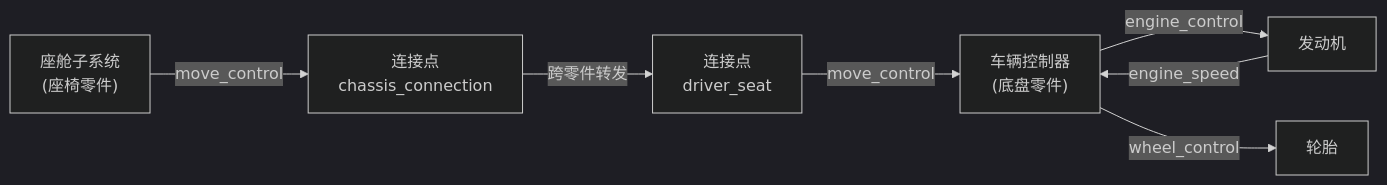
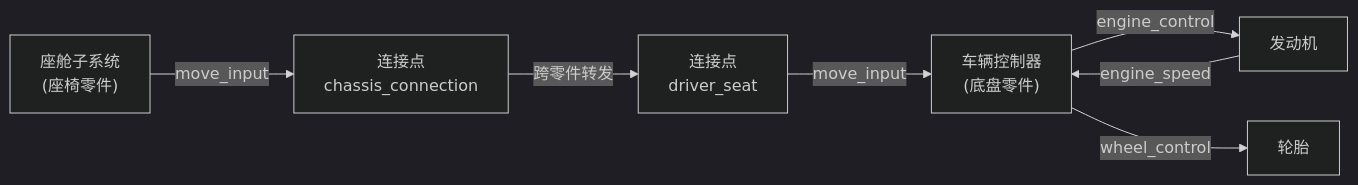
Before and after one commit to Sweetzonzi/Machine-Max: the first of 3 diagrams in docs/wiki/3-子系统详解/3.6-信号系统.md, drawn with Mermaid (dark theme). The commit also changed other lines of this file and 155 other files, not shown here.

````diff
--- a/docs/wiki/3-子系统详解/3.6-信号系统.md
+++ b/docs/wiki/3-子系统详解/3.6-信号系统.md
@@ -67,16 +67,16 @@
 ```mermaid
 flowchart LR
     seat["座舱子系统<br/>(座椅零件)"]
     connector_a["连接点<br/>chassis_connection"]
     connector_b["连接点<br/>driver_seat"]
     ctrl["车辆控制器<br/>(底盘零件)"]
     engine["发动机"]
     wheel["轮胎"]
 
-    seat -->|"move_control"| connector_a
+    seat -->|"move_input"| connector_a
     connector_a -->|"跨零件转发"| connector_b
-    connector_b -->|"move_control"| ctrl
+    connector_b -->|"move_input"| ctrl
     ctrl -->|"engine_control"| engine
     ctrl -->|"wheel_control"| wheel
     engine -->|"engine_speed"| ctrl
 ```
````
